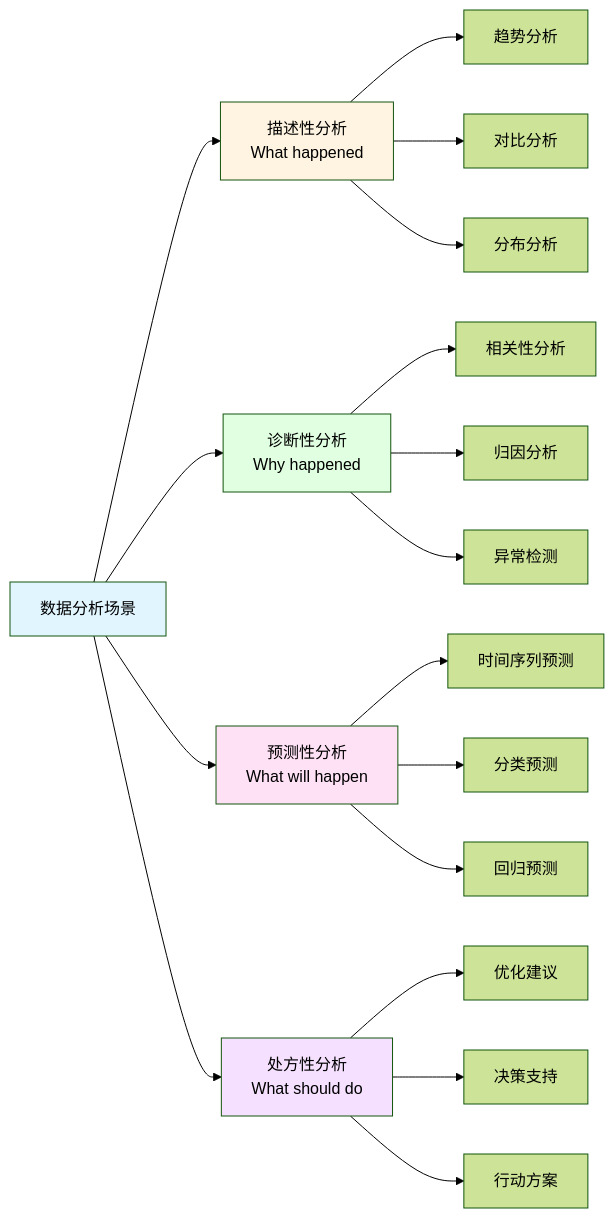
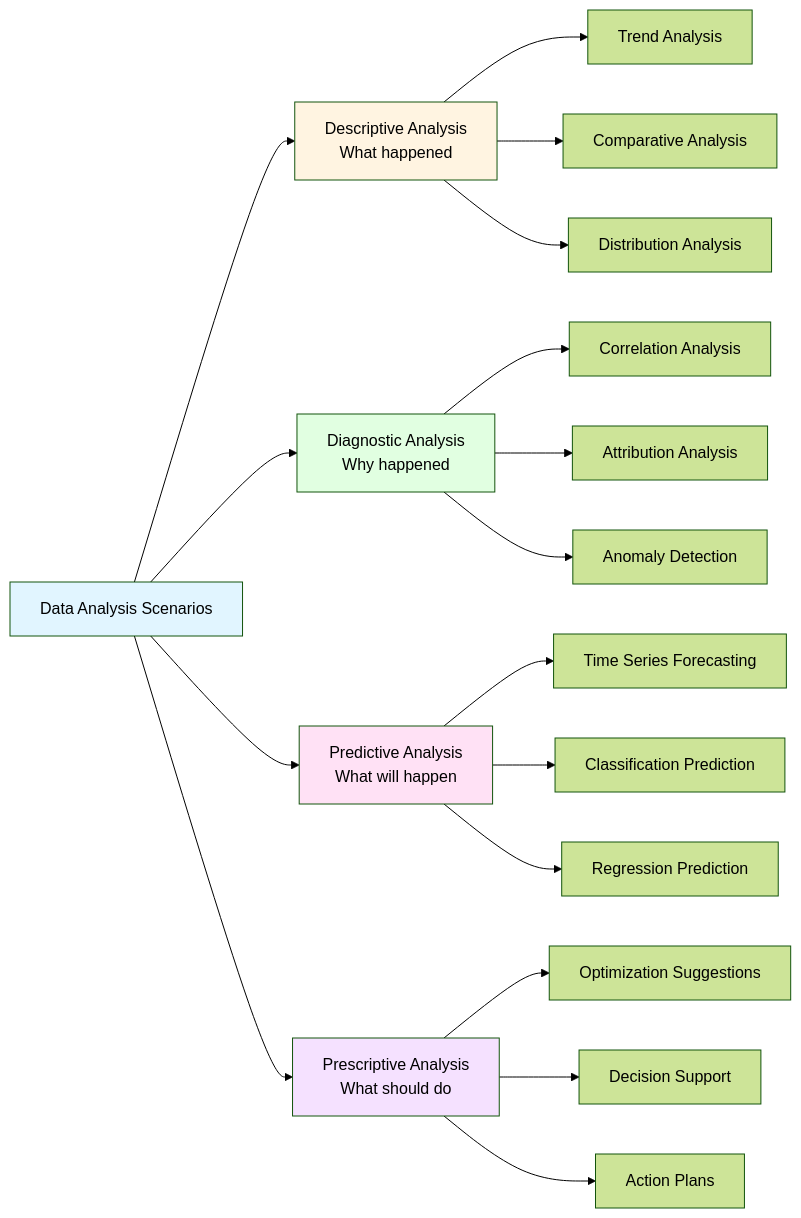
The third of 3 diagrams in docs/lessons/lesson-3.md (tianhongTina/ai-literacy-bootcamp), drawn with Mermaid (forest theme) before and after one commit. The commit also changed other lines of this file and 18 other files, not shown here.

````diff
--- a/docs/lessons/lesson-3.md
+++ b/docs/lessons/lesson-3.md
@@ -118,29 +118,29 @@
 ```mermaid
 graph LR
-    A[数据分析场景] --> B[描述性分析<br/>What happened]
-    A --> C[诊断性分析<br/>Why happened]
-    A --> D[预测性分析<br/>What will happen]
-    A --> E[处方性分析<br/>What should do]
+    A[Data Analysis Scenarios] --> B[Descriptive Analysis<br/>What happened]
+    A --> C[Diagnostic Analysis<br/>Why happened]
+    A --> D[Predictive Analysis<br/>What will happen]
+    A --> E[Prescriptive Analysis<br/>What should do]
     
-    B --> B1[趋势分析]
-    B --> B2[对比分析]
-    B --> B3[分布分析]
+    B --> B1[Trend Analysis]
+    B --> B2[Comparative Analysis]
+    B --> B3[Distribution Analysis]
     
-    C --> C1[相关性分析]
-    C --> C2[归因分析]
-    C --> C3[异常检测]
+    C --> C1[Correlation Analysis]
+    C --> C2[Attribution Analysis]
+    C --> C3[Anomaly Detection]
     
-    D --> D1[时间序列预测]
-    D --> D2[分类预测]
-    D --> D3[回归预测]
+    D --> D1[Time Series Forecasting]
+    D --> D2[Classification Prediction]
+    D --> D3[Regression Prediction]
     
-    E --> E1[优化建议]
-    E --> E2[决策支持]
-    E --> E3[行动方案]
+    E --> E1[Optimization Suggestions]
+    E --> E2[Decision Support]
+    E --> E3[Action Plans]
     
     style A fill:#e1f5ff
     style B fill:#fff4e1
     style C fill:#e1ffe1
     style D fill:#ffe1f5
     style E fill:#f5e1ff
 ```
````
